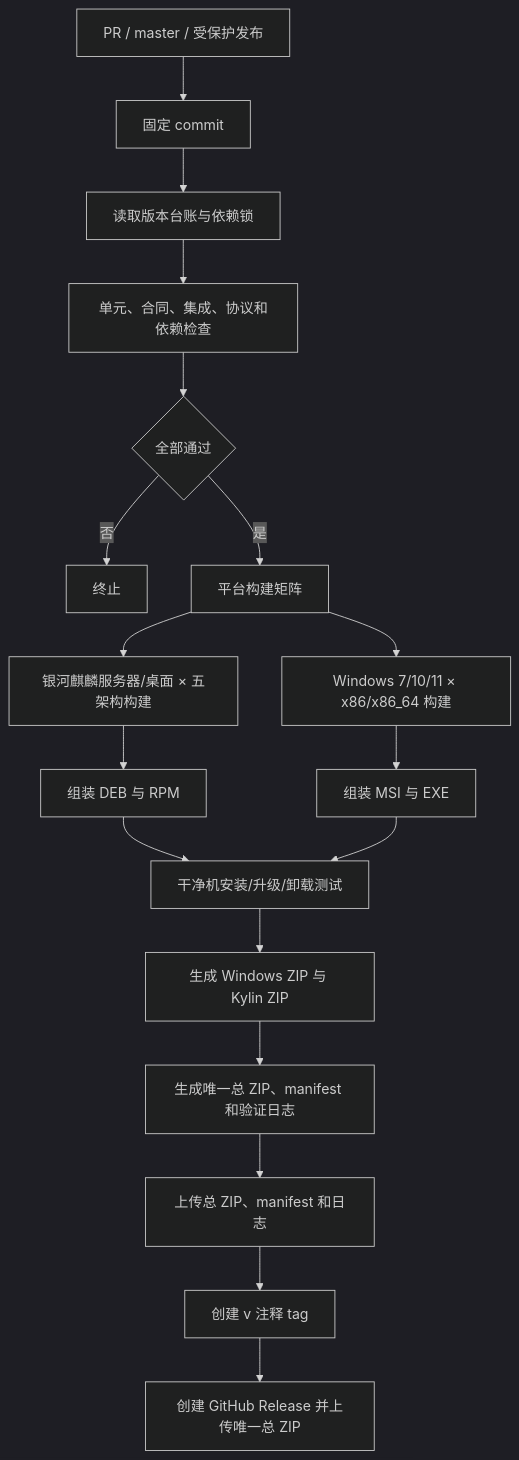
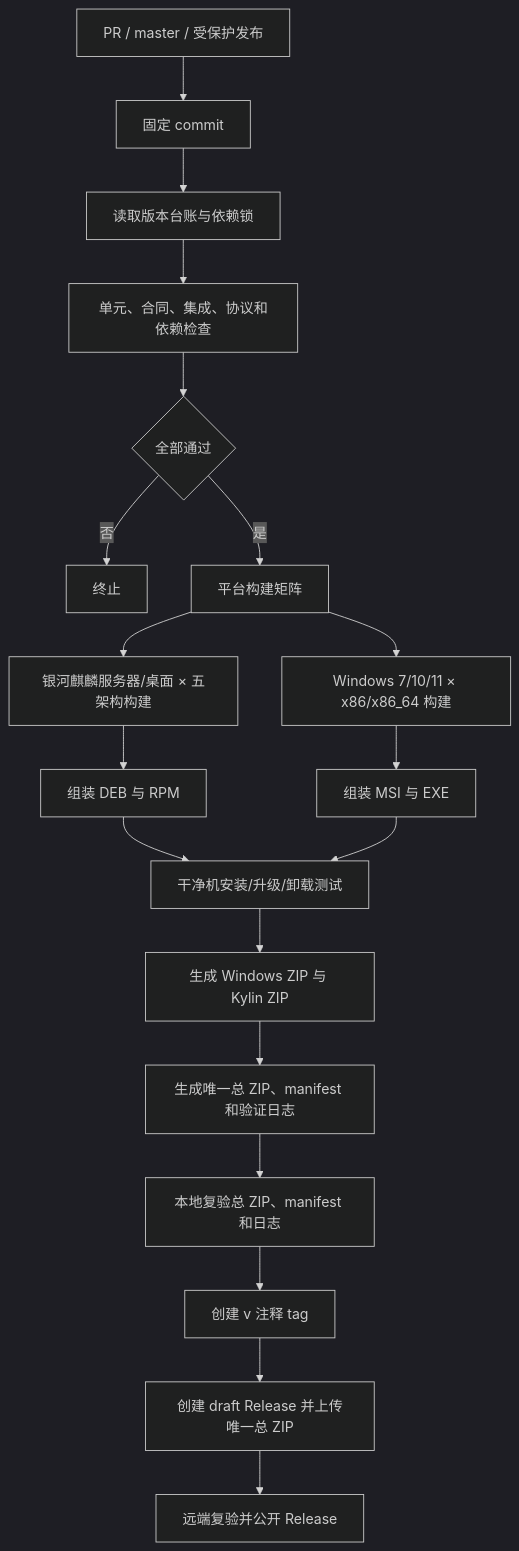
Before and after one commit to Entertech/NeuroBridge: diagram 11 of 11 in doc/tech/NeuroBridge项目结构与多系统接入/NeuroBridge项目结构与多系统接入_技术方案.md, drawn with Mermaid (dark theme). The commit also changed other lines of this file and 6 other files, not shown here.

````diff
--- a/doc/tech/NeuroBridge项目结构与多系统接入/NeuroBridge项目结构与多系统接入_技术方案.md
+++ b/doc/tech/NeuroBridge项目结构与多系统接入/NeuroBridge项目结构与多系统接入_技术方案.md
@@ -921,20 +921,21 @@
 ```mermaid
 flowchart TD
     A[PR / master / 受保护发布] --> B[固定 commit]
     B --> C[读取版本台账与依赖锁]
     C --> D[单元、合同、集成、协议和依赖检查]
     D --> E{全部通过}
     E -->|否| X[终止]
     E -->|是| M[平台构建矩阵]
     M --> K[银河麒麟服务器/桌面 × 五架构构建]
     M --> W[Windows 7/10/11 × x86/x86_64 构建]
     K --> PKG1[组装 DEB 与 RPM]
     W --> PKG2[组装 MSI 与 EXE]
     PKG1 --> T[干净机安装/升级/卸载测试]
     PKG2 --> T
     T --> ZIP1[生成 Windows ZIP 与 Kylin ZIP]
     ZIP1 --> ZIP2[生成唯一总 ZIP、manifest 和验证日志]
-    ZIP2 --> UPLOAD[上传总 ZIP、manifest 和日志]
-    UPLOAD --> TAG[创建 v<applicationVersion> 注释 tag]
-    TAG --> RELEASE[创建 GitHub Release 并上传唯一总 ZIP]
+    ZIP2 --> VERIFY[本地复验总 ZIP、manifest 和日志]
+    VERIFY --> TAG[创建 v<applicationVersion> 注释 tag]
+    TAG --> RELEASE[创建 draft Release 并上传唯一总 ZIP]
+    RELEASE --> PUBLIC[远端复验并公开 Release]
 ```
````
